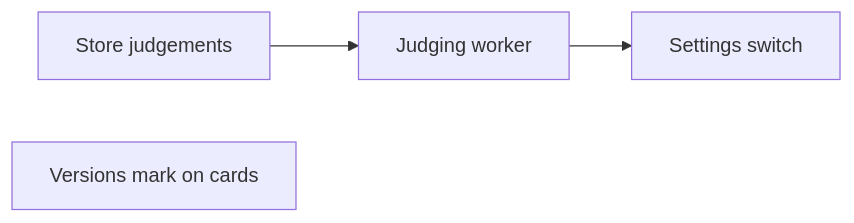
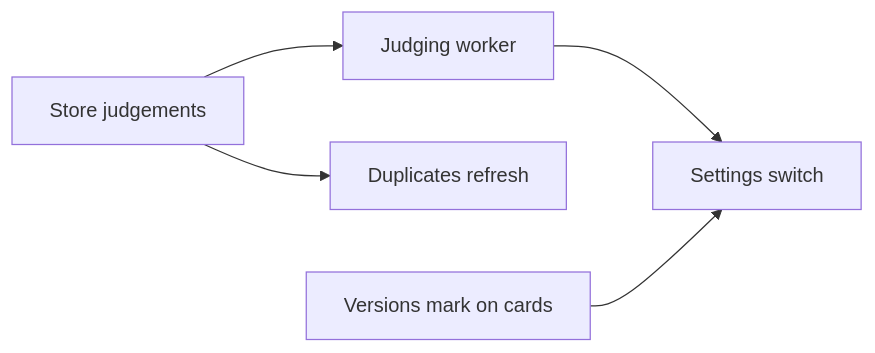
Before and after one commit to syudead/vv: the second of 2 diagrams in specs/054-auto-dup/plan.md, drawn with Mermaid. The commit also changed other lines of this file and 3 other files, not shown here.

````diff
--- a/specs/054-auto-dup/plan.md
+++ b/specs/054-auto-dup/plan.md
@@ -120,6 +124,8 @@
 ```mermaid
 flowchart LR
   store[Store judgements] --> worker[Judging worker]
+  store --> refresh[Duplicates refresh]
+  mark[Versions mark on cards]
   worker --> settings[Settings switch]
-  mark[Versions mark on cards]
+  mark --> settings
 ```
````
